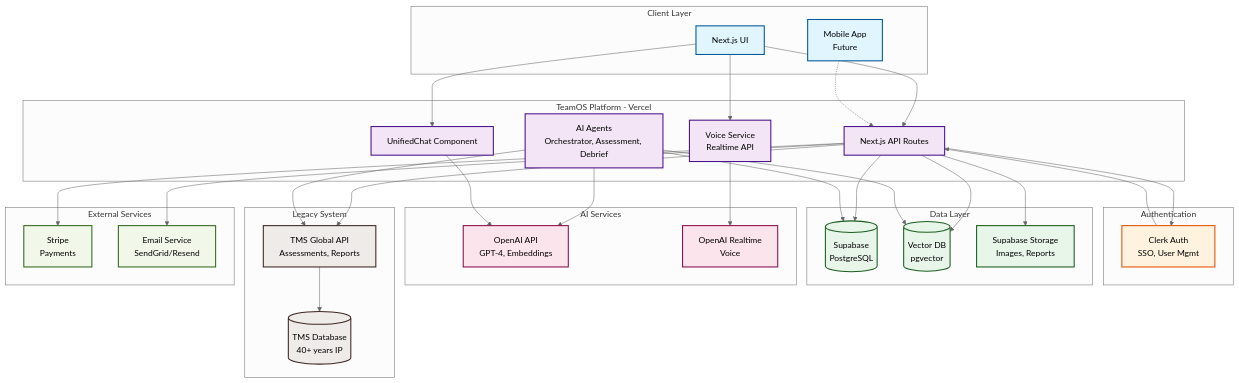
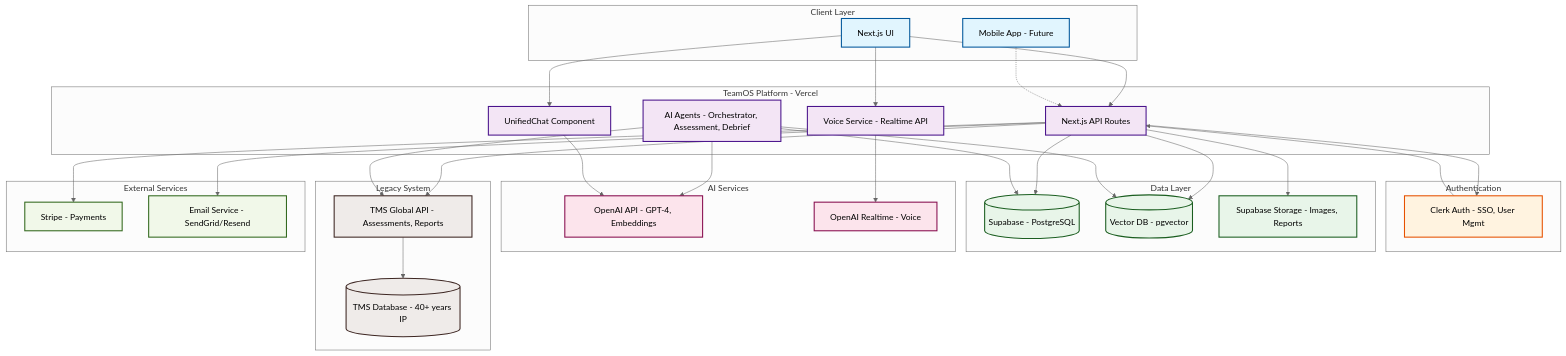
One commit to tmscoach/teamOS-Agents-Demo changed the first of 11 diagrams in docs/tms-api-spec/SYSTEM-ARCHITECTURE.md. Above: the diagram before and after it, drawn with Mermaid (neutral theme). The commit also changed other lines of this file, not shown here.

First line of the commit message:
fix: Replace HTML br tags in Mermaid diagrams

```diff
--- a/docs/tms-api-spec/SYSTEM-ARCHITECTURE.md
+++ b/docs/tms-api-spec/SYSTEM-ARCHITECTURE.md
@@ -10,39 +10,39 @@
 graph TB
     subgraph "Client Layer"
         UI[Next.js UI]
-        Mobile[Mobile App<br/>Future]
+        Mobile[Mobile App - Future]
     end
     
     subgraph "TeamOS Platform - Vercel"
         API[Next.js API Routes]
-        Agents[AI Agents<br/>Orchestrator, Assessment, Debrief]
+        Agents[AI Agents - Orchestrator, Assessment, Debrief]
         UC[UnifiedChat Component]
-        Voice[Voice Service<br/>Realtime API]
+        Voice[Voice Service - Realtime API]
     end
     
     subgraph "Authentication"
-        Clerk[Clerk Auth<br/>SSO, User Mgmt]
+        Clerk[Clerk Auth - SSO, User Mgmt]
     end
     
     subgraph "Data Layer"
-        Supabase[(Supabase<br/>PostgreSQL)]
-        Vector[(Vector DB<br/>pgvector)]
-        Storage[Supabase Storage<br/>Images, Reports]
+        Supabase[(Supabase - PostgreSQL)]
+        Vector[(Vector DB - pgvector)]
+        Storage[Supabase Storage - Images, Reports]
     end
     
     subgraph "AI Services"
-        OpenAI[OpenAI API<br/>GPT-4, Embeddings]
-        Realtime[OpenAI Realtime<br/>Voice]
+        OpenAI[OpenAI API - GPT-4, Embeddings]
+        Realtime[OpenAI Realtime - Voice]
     end
     
     subgraph "Legacy System"
-        TMS[TMS Global API<br/>Assessments, Reports]
-        TMSDB[(TMS Database<br/>40+ years IP)]
+        TMS[TMS Global API - Assessments, Reports]
+        TMSDB[(TMS Database - 40+ years IP)]
     end
     
     subgraph "External Services"
-        Stripe[Stripe<br/>Payments]
-        Email[Email Service<br/>SendGrid/Resend]
+        Stripe[Stripe - Payments]
+        Email[Email Service - SendGrid/Resend]
     end
     
     %% Client connections
```
